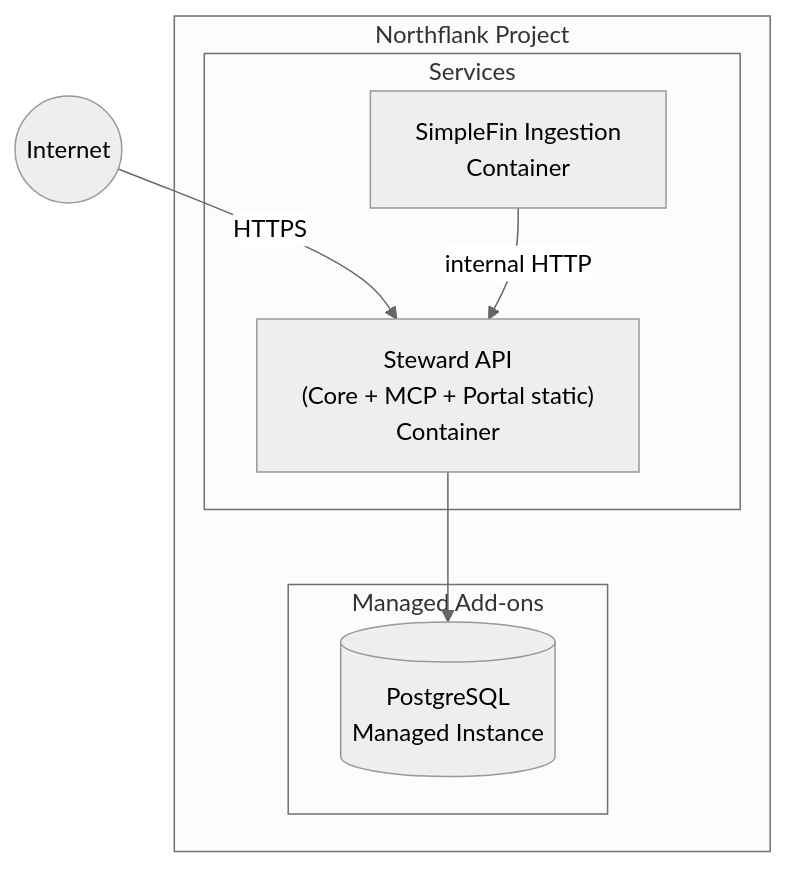
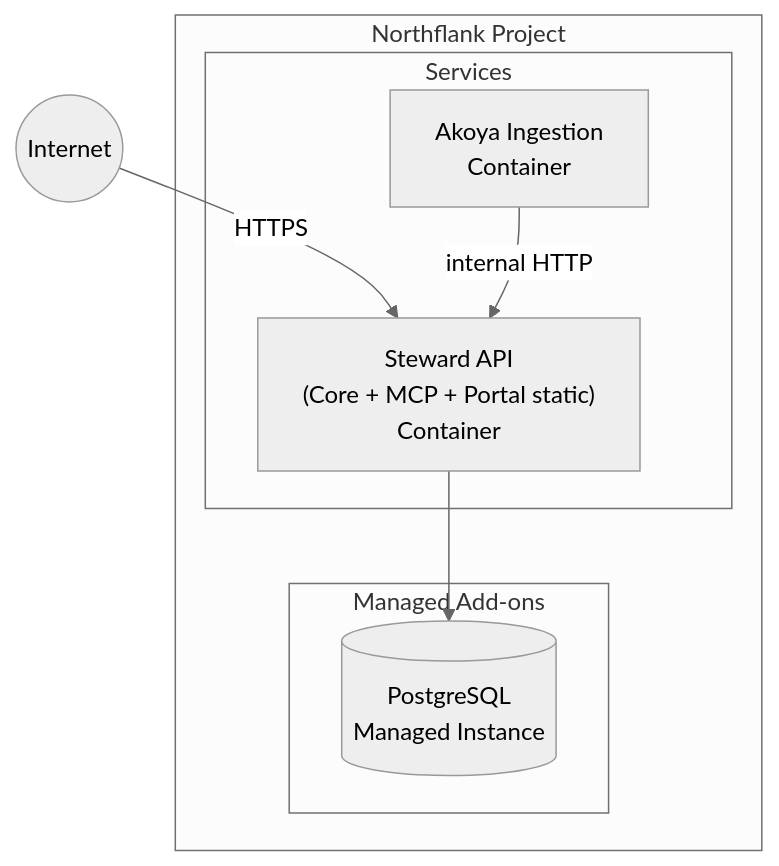
The first of 2 diagrams in docs/adr/007-deployment-and-hosting.md (bitthicket/steward), drawn with Mermaid (neutral theme) before and after one commit. The commit also changed other lines of this file and 1 other file, not shown here.

First line of the commit message:
STE-7: Drop SimpleFin, adopt Akoya-first with Plaid as planned second provider

````diff
--- a/docs/adr/007-deployment-and-hosting.md
+++ b/docs/adr/007-deployment-and-hosting.md
@@ -31,17 +31,17 @@
 ```mermaid
 graph TB
     subgraph NF["Northflank Project"]
         subgraph Services["Services"]
             API["Steward API<br/>(Core + MCP + Portal static)<br/>Container"]
-            SF["SimpleFin Ingestion<br/>Container"]
+            AK["Akoya Ingestion<br/>Container"]
         end
 
         subgraph Addons["Managed Add-ons"]
             PG[(PostgreSQL<br/>Managed Instance)]
         end
     end
 
     Internet((Internet)) -->|HTTPS| API
     API --> PG
-    SF -->|internal HTTP| API
+    AK -->|internal HTTP| API
 ```
````
